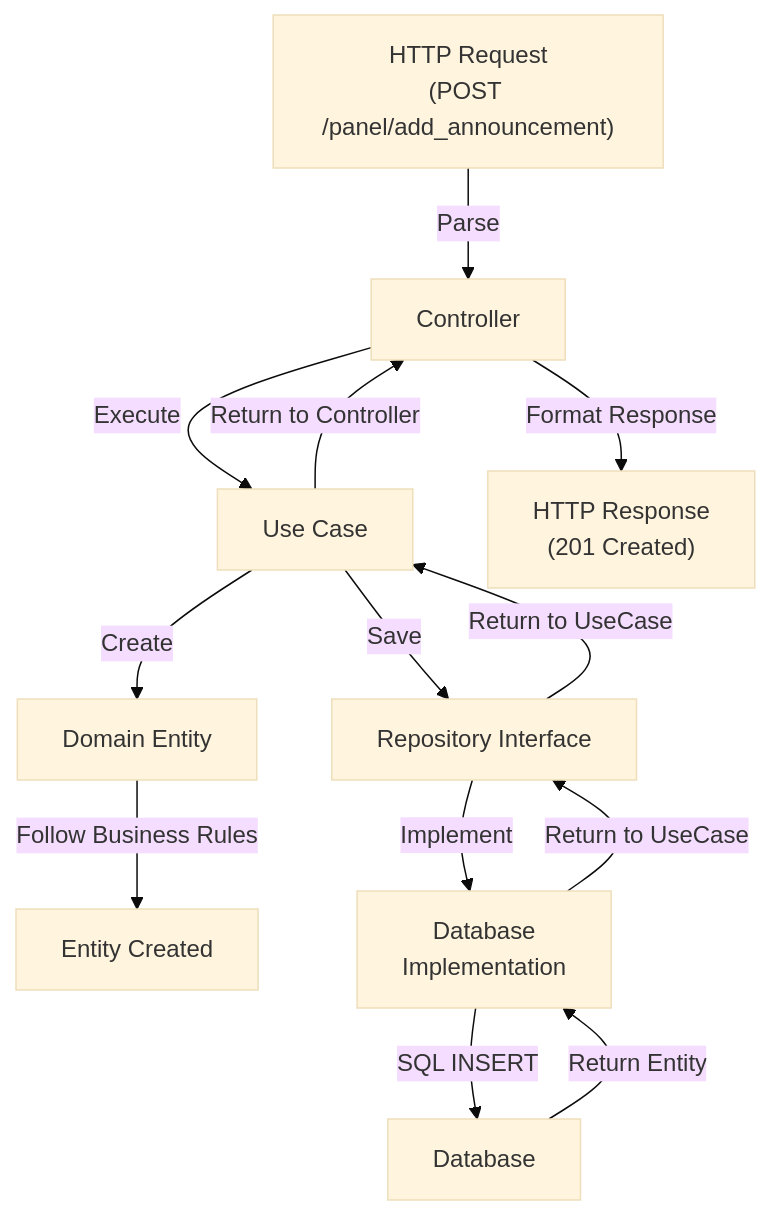
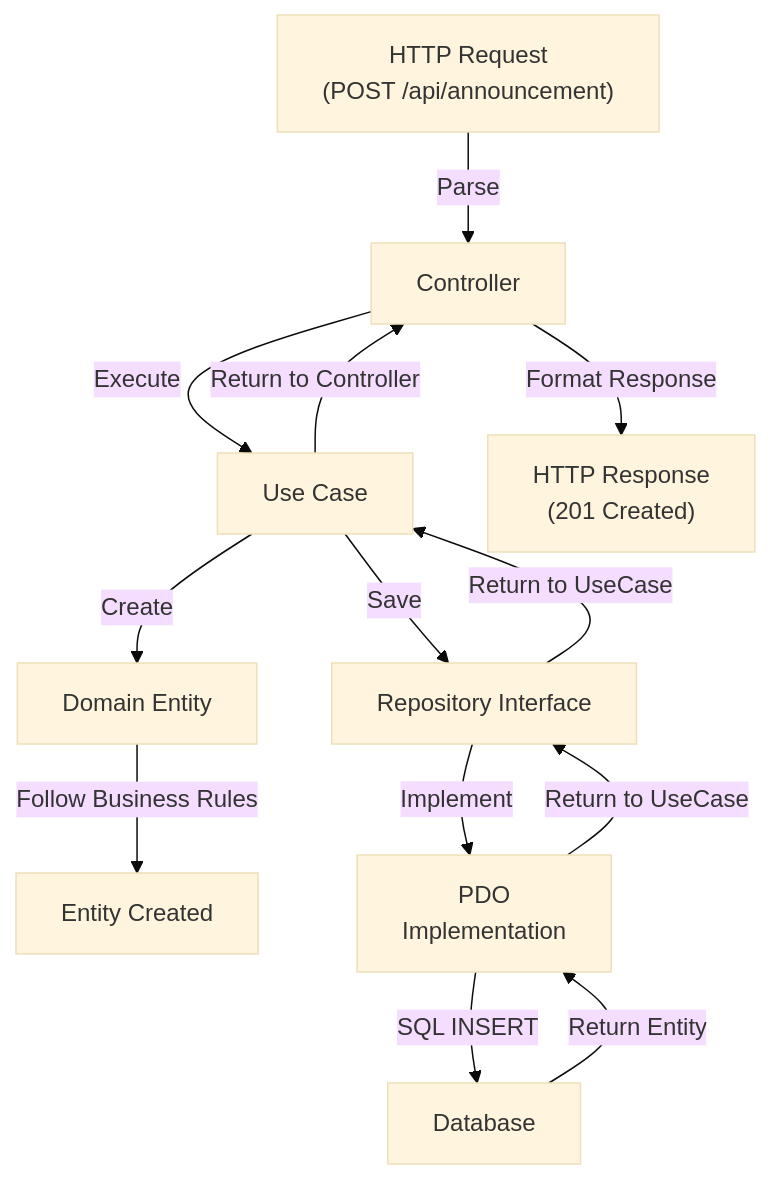
The diagram in resources/docs/architecture.md (SLOths4/DoDomuDojade), drawn with Mermaid (base theme) before and after one commit. The commit also changed other lines of this file and 9 other files, not shown here.

````diff
--- a/resources/docs/architecture.md
+++ b/resources/docs/architecture.md
@@ -342,15 +327,15 @@
 ``` mermaid
 graph TB
-    A["HTTP Request<br/>(POST /panel/add_announcement)"] -->|Parse | B["Controller"]
+    A["HTTP Request<br/>(POST /api/announcement)"] -->|Parse | B["Controller"]
     B -->|Execute| C["Use Case"]
     C -->|Create| D["Domain Entity"]
     D -->|Follow Business Rules| E["Entity Created"]
     C -->|Save| F["Repository Interface"]
-    F -->|Implement| G["Database<br/>Implementation"]
+    F -->|Implement| G["PDO<br/>Implementation"]
     G -->|SQL INSERT| H["Database"]
     H -->|Return Entity| G
     G -->|Return to UseCase| F
     F -->|Return to UseCase| C
     C -->|Return to Controller| B
     B -->|Format Response| I["HTTP Response<br/>(201 Created)"]
 ```
````
